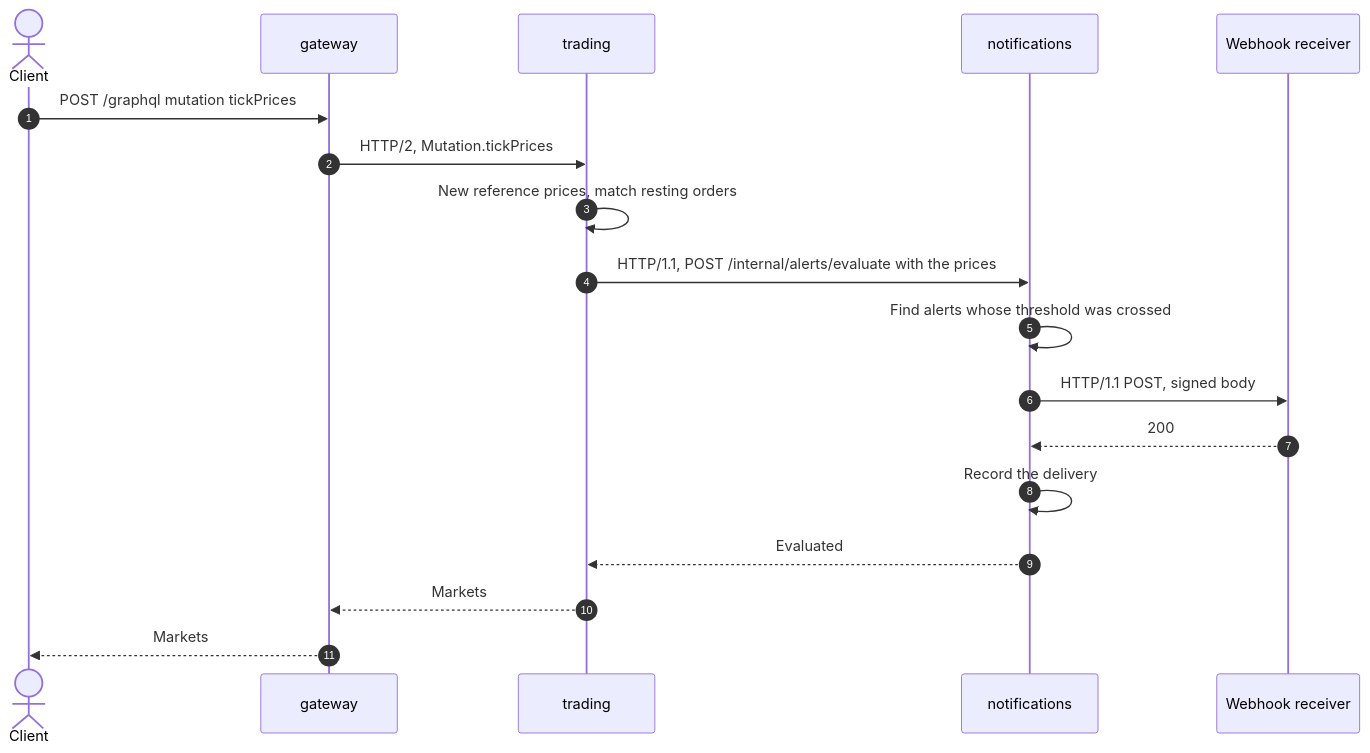
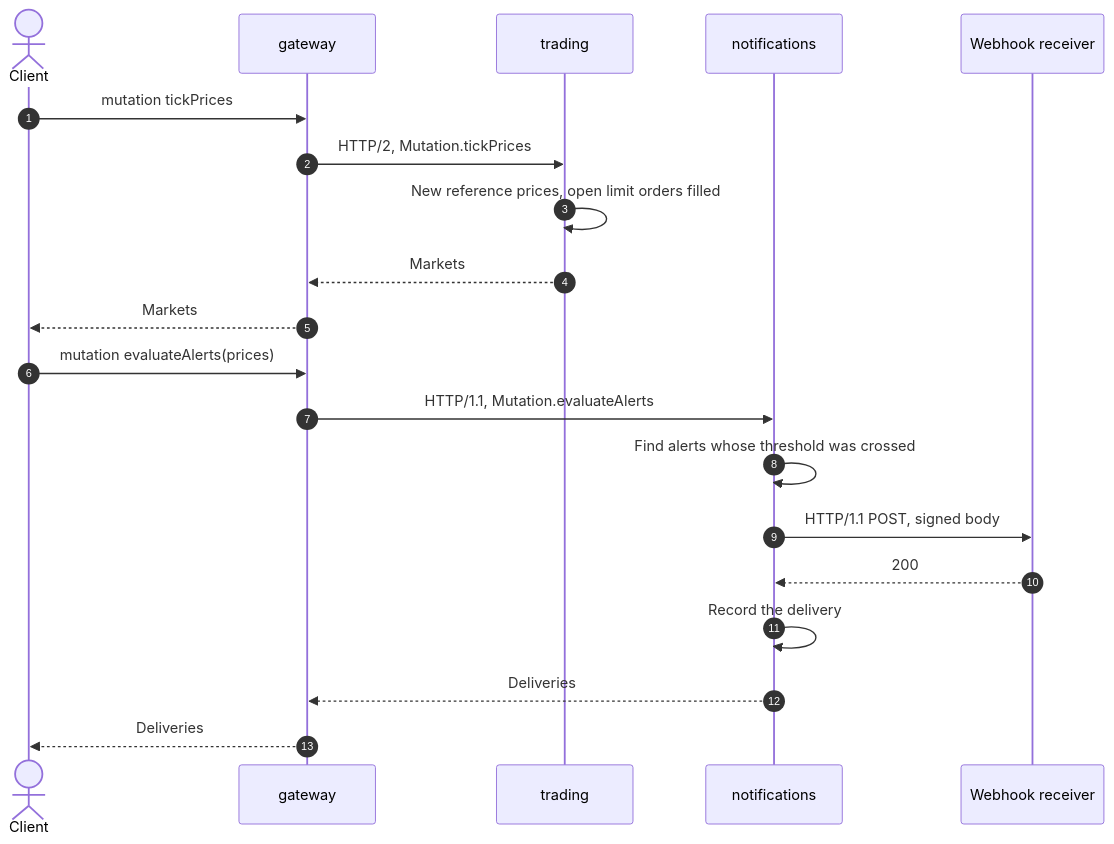
Before and after one commit to zazzcode/vuln-nestjs: the fourth of 4 diagrams in .zazz/architecture/project.md, drawn with Mermaid. The commit also changed other lines of this file and 53 other files, not shown here.

````diff
--- a/.zazz/architecture/project.md
+++ b/.zazz/architecture/project.md
@@ -249,20 +240,22 @@
 ```mermaid
 sequenceDiagram
     autonumber
     actor C as Client
     participant G as gateway
     participant T as trading
     participant N as notifications
     participant W as Webhook receiver
-    C->>G: POST /graphql mutation tickPrices
+    C->>G: mutation tickPrices
     G->>T: HTTP/2, Mutation.tickPrices
-    T->>T: New reference prices, match resting orders
-    T->>N: HTTP/1.1, POST /internal/alerts/evaluate with the prices
+    T->>T: New reference prices, open limit orders filled
+    T-->>G: Markets
+    G-->>C: Markets
+    C->>G: mutation evaluateAlerts(prices)
+    G->>N: HTTP/1.1, Mutation.evaluateAlerts
     N->>N: Find alerts whose threshold was crossed
     N->>W: HTTP/1.1 POST, signed body
     W-->>N: 200
     N->>N: Record the delivery
-    N-->>T: Evaluated
-    T-->>G: Markets
-    G-->>C: Markets
+    N-->>G: Deliveries
+    G-->>C: Deliveries
 ```
````
